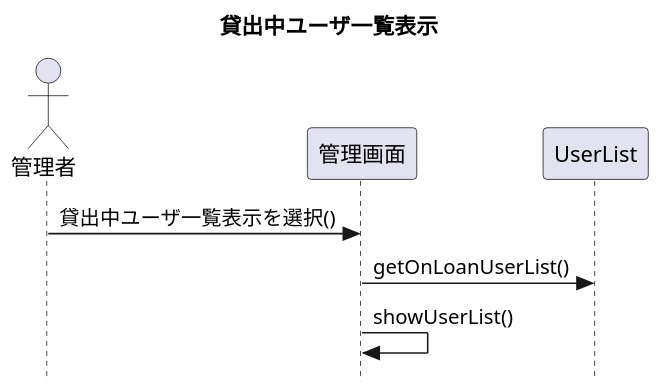
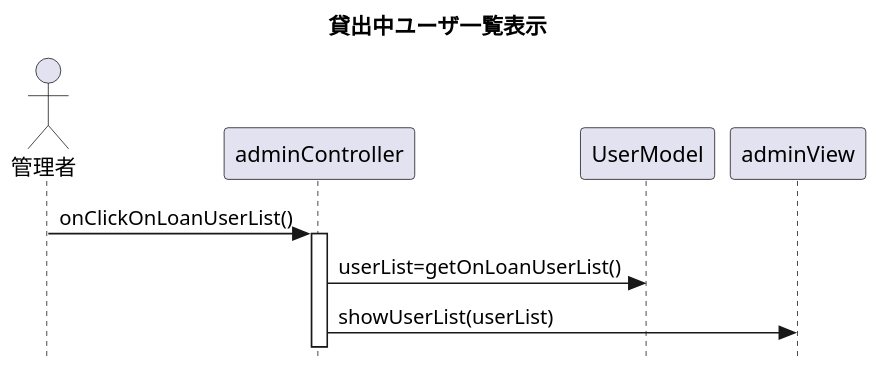
The seventh of 7 diagrams in sequence.pu (Romira915/AdvancedSoftwareEngineering3-Task), drawn with PlantUML before and after one commit. The commit also changed other lines of this file and 1 other file, not shown here.

```diff
--- a/sequence.pu
+++ b/sequence.pu
@@ -200,16 +241,19 @@
 @startuml 貸出中ユーザ一覧表示
 
 title 貸出中ユーザ一覧表示
 skinparam dpi 150
 skinparam responseMessageBelowArrow true
 skinparam style strictuml
 
 actor 管理者 as admin
-participant 管理画面 as adminDisplay
-participant UserList
+participant adminController
+participant UserModel
+participant adminView
 
-admin -> adminDisplay : 貸出中ユーザ一覧表示を選択()
-adminDisplay -> UserList : getOnLoanUserList()
-adminDisplay -> adminDisplay : showUserList()
+admin -> adminController : onClickOnLoanUserList()
+
+activate adminController
+adminController -> UserModel : userList=getOnLoanUserList()
+adminController -> adminView : showUserList(userList)
 
 @enduml
```
